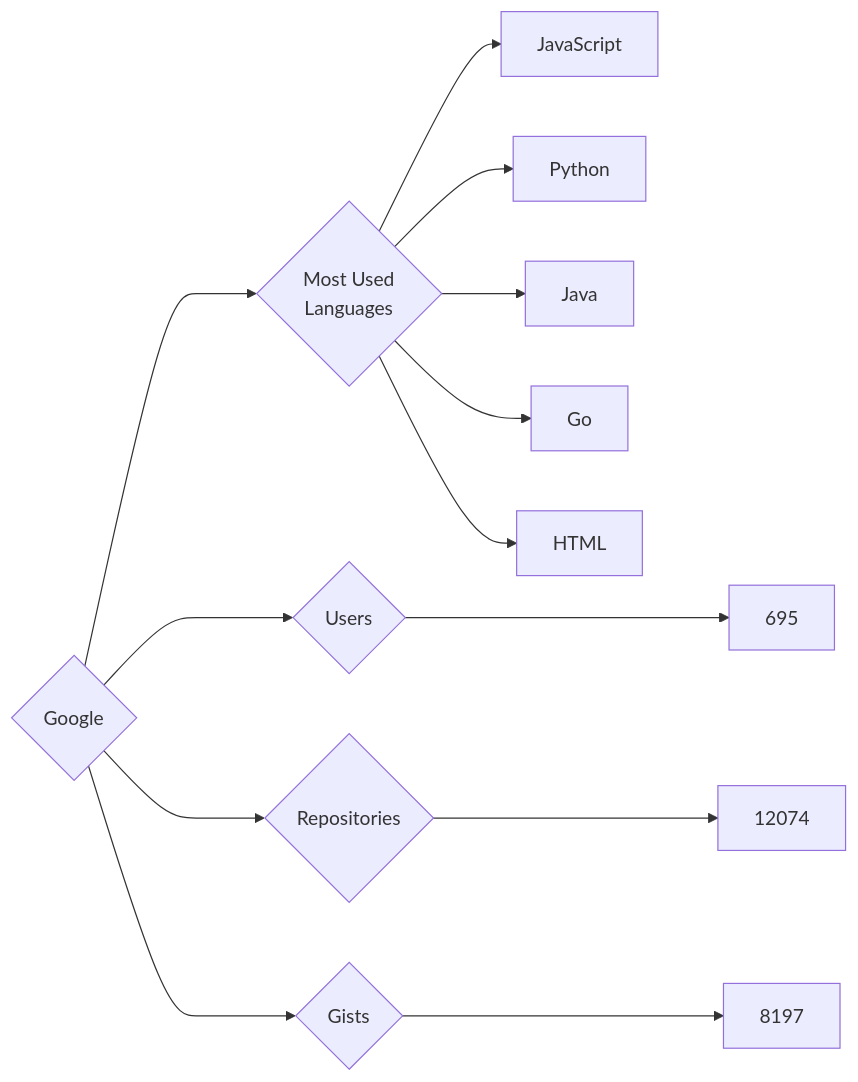
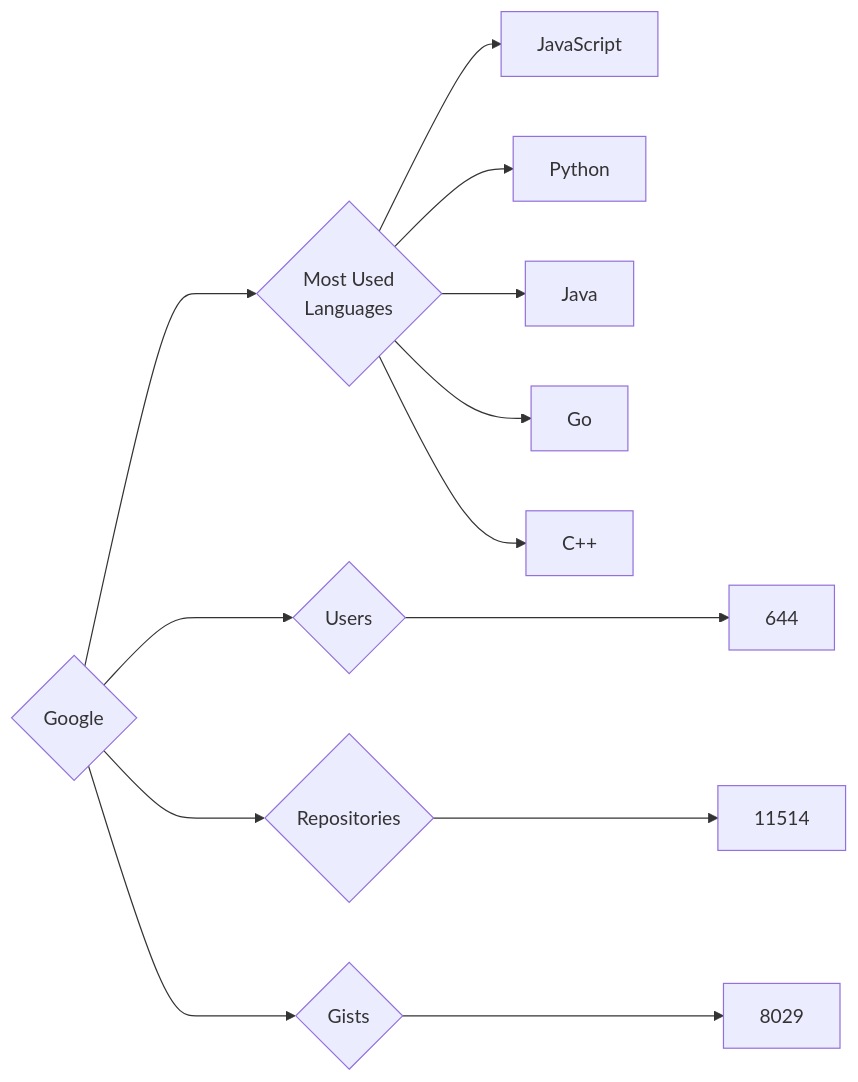
Before and after one commit to trickest/insiders: the diagram in targets/Google/README.md, drawn with Mermaid. The commit also changed 676 other files, not shown here.

````diff
--- a/targets/Google/README.md
+++ b/targets/Google/README.md
@@ -3,13 +3,13 @@
 ```mermaid
 graph LR
 COMPANY_NAME{Google}
-COMPANY_NAME ---> U{Users} ---> UN[695]
-COMPANY_NAME ---> R{Repositories} ---> RN[12074]
-COMPANY_NAME ---> G{Gists} ---> GN[8197]
+COMPANY_NAME ---> U{Users} ---> UN[644]
+COMPANY_NAME ---> R{Repositories} ---> RN[11514]
+COMPANY_NAME ---> G{Gists} ---> GN[8029]
 COMPANY_NAME ---> ML{Most Used<br>Languages}
 ML --> JavaScript[JavaScript]
 ML --> Python[Python]
 ML --> Java[Java]
 ML --> Go[Go]
-ML --> HTML[HTML]
+ML --> C++[C++]
 ```
````
